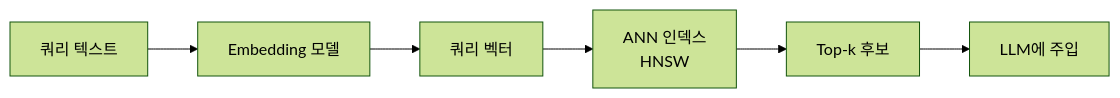
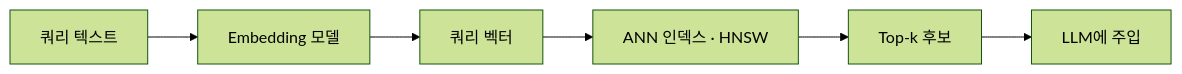
Before and after one commit to Mino777/ai-study: the diagram in content/rag/vector-search-basics.mdx, drawn with Mermaid (forest theme). The commit also changed 16 other files, not shown here.

First line of the commit message:
fix: Mermaid <br/> 렌더링 에러 근본 해결 — auto-fix 승격 + 전체 MDX 일괄 치환

````diff
--- a/content/rag/vector-search-basics.mdx
+++ b/content/rag/vector-search-basics.mdx
@@ -69,8 +69,8 @@
 ```mermaid
 flowchart LR
     Q[쿼리 텍스트] --> E[Embedding 모델]
     E --> V[쿼리 벡터]
-    V --> I["ANN 인덱스<br/>HNSW"]
+    V --> I["ANN 인덱스 · HNSW"]
     I --> K[Top-k 후보]
     K --> R[LLM에 주입]
 ```
````
